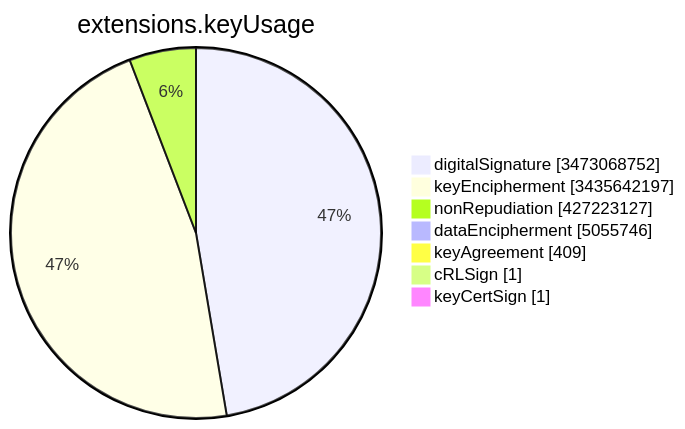
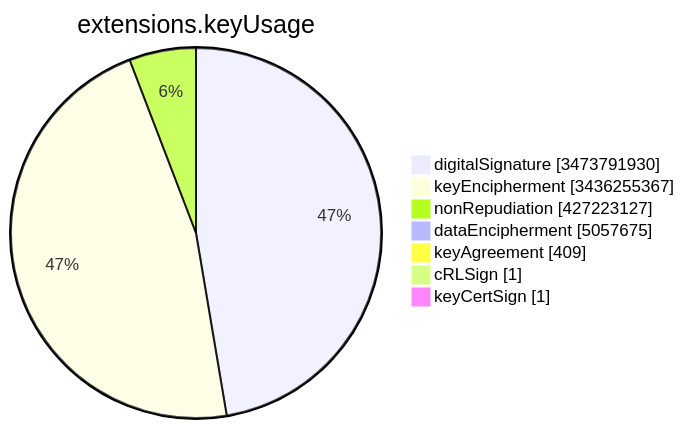
One commit to christiankrug/ctmonitor_visualization changed the sixth of 15 diagrams in TOTAL/README.md. Above: the diagram before and after it, drawn with Mermaid. The commit also changed other lines of this file, not shown here.

````diff
--- a/TOTAL/README.md
+++ b/TOTAL/README.md
@@ -3082,11 +3082,11 @@
 ```mermaid
 pie showData
 title extensions.keyUsage
-"digitalSignature" :3473068752
-"keyEncipherment" :3435642197
+"digitalSignature" :3473791930
+"keyEncipherment" :3436255367
 "nonRepudiation" :427223127
-"dataEncipherment" :5055746
+"dataEncipherment" :5057675
 "keyAgreement" :409
 "cRLSign" :1
 "keyCertSign" :1
 ```
````
